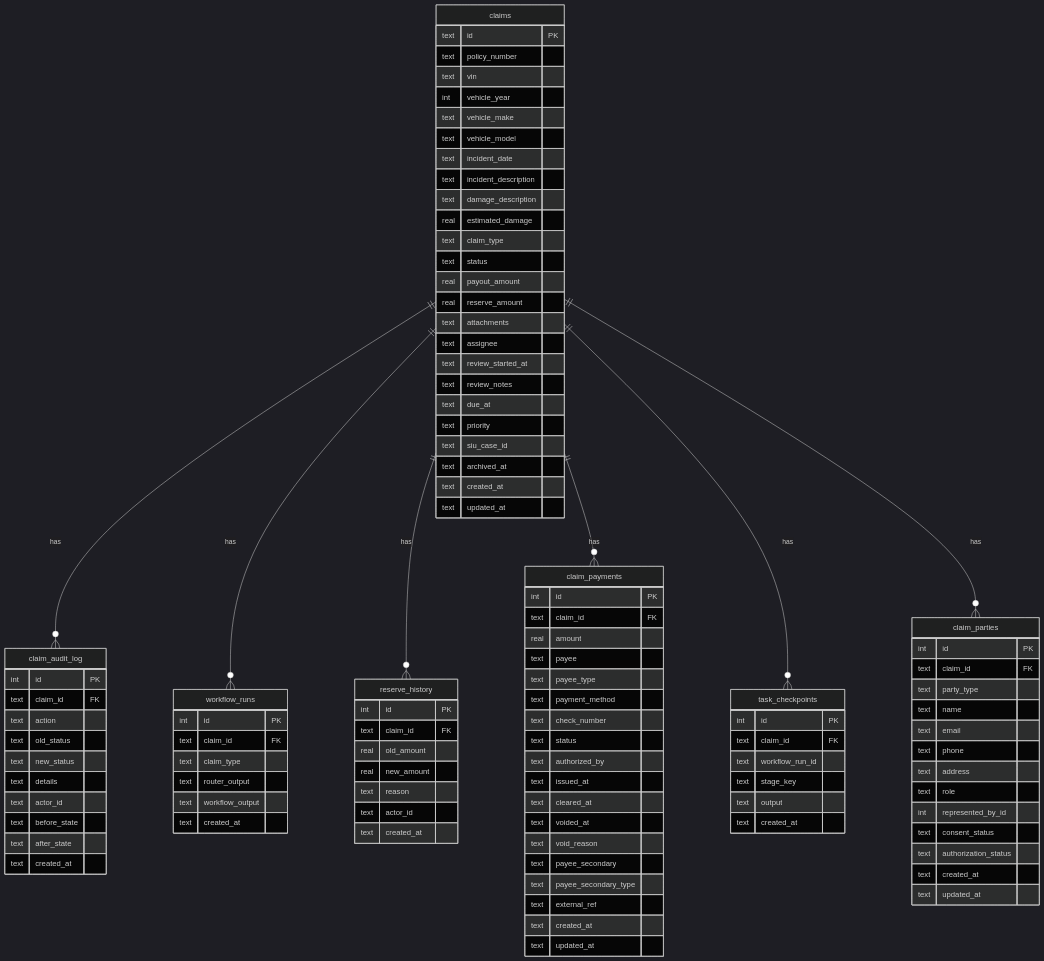
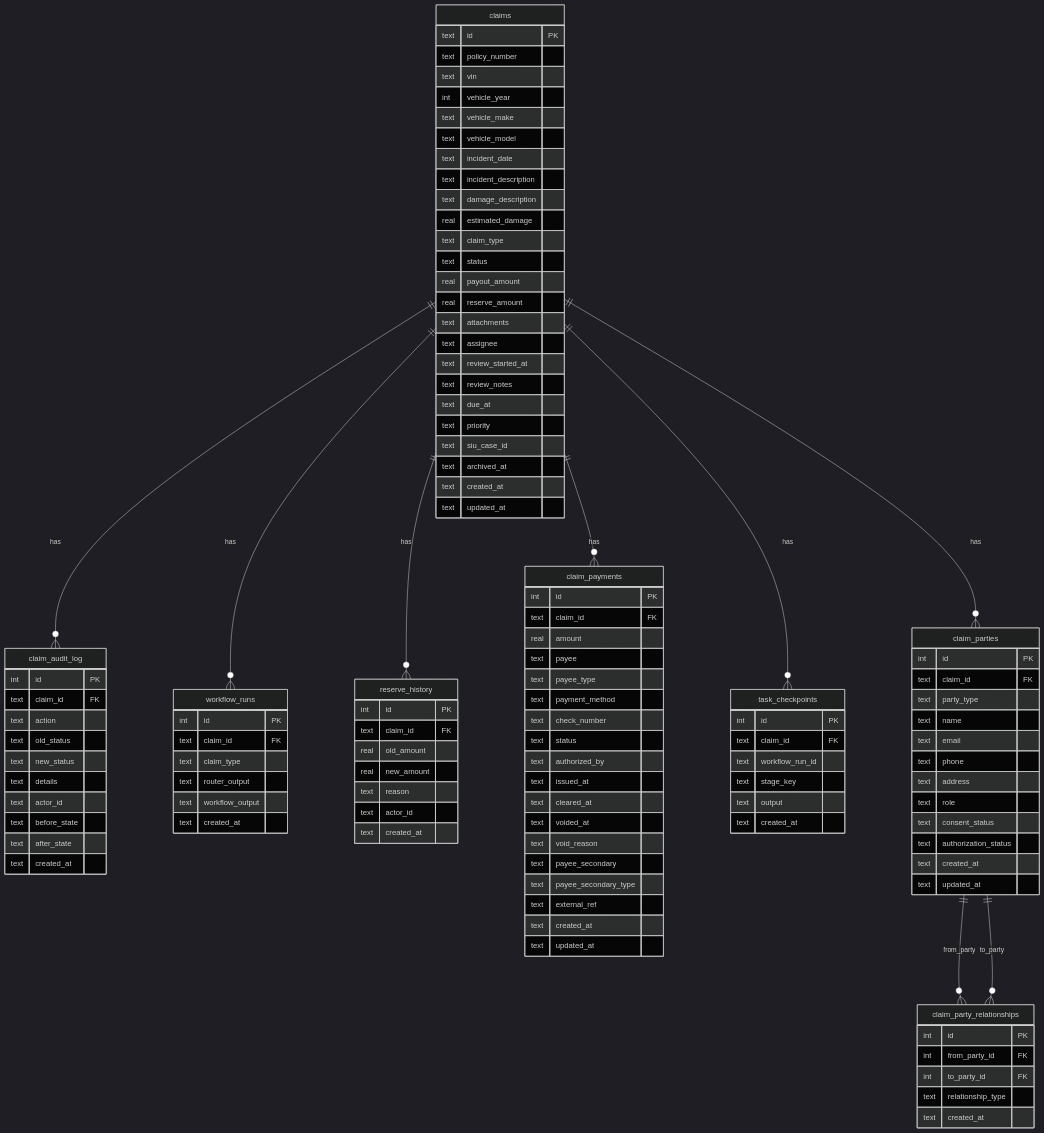
One commit to csmangum/auto-agent changed the first of 2 diagrams in docs/database.md. Above: the diagram before and after it, drawn with Mermaid (dark theme). The commit also changed other lines of this file and 11 other files, not shown here.

First line of the commit message:
Add claim party relationships and remove represented_by_id

```diff
--- a/docs/database.md
+++ b/docs/database.md
@@ -124,12 +124,22 @@
         text phone
         text address
         text role
-        int represented_by_id
         text consent_status
         text authorization_status
         text created_at
         text updated_at
     }
+
+    claim_party_relationships {
+        int id PK
+        int from_party_id FK
+        int to_party_id FK
+        text relationship_type
+        text created_at
+    }
+
+    claim_parties ||--o{ claim_party_relationships : "from_party"
+    claim_parties ||--o{ claim_party_relationships : "to_party"
 
     claim_payments {
         int id PK
```
